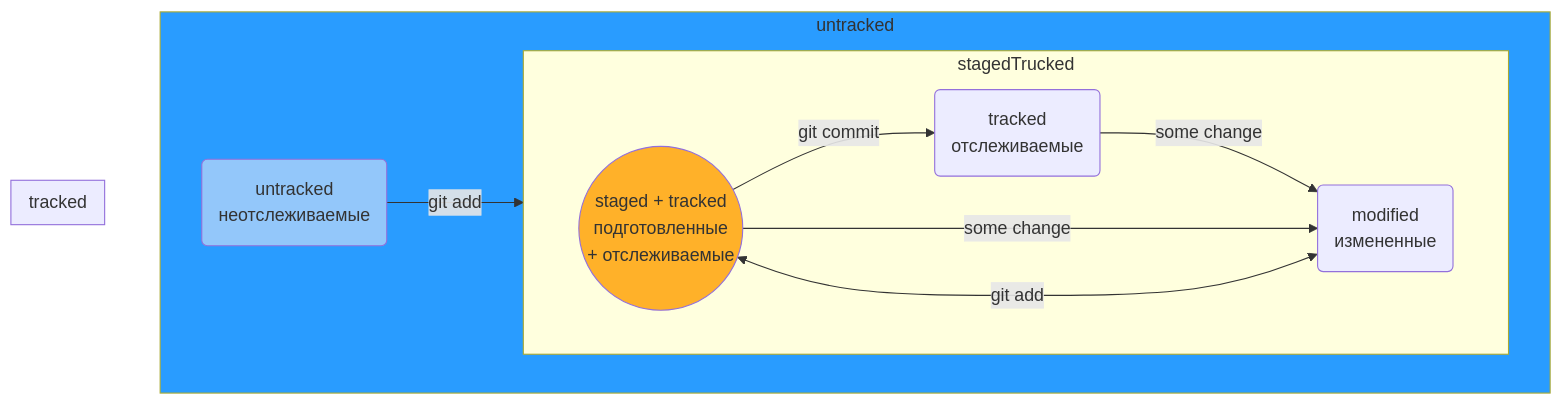
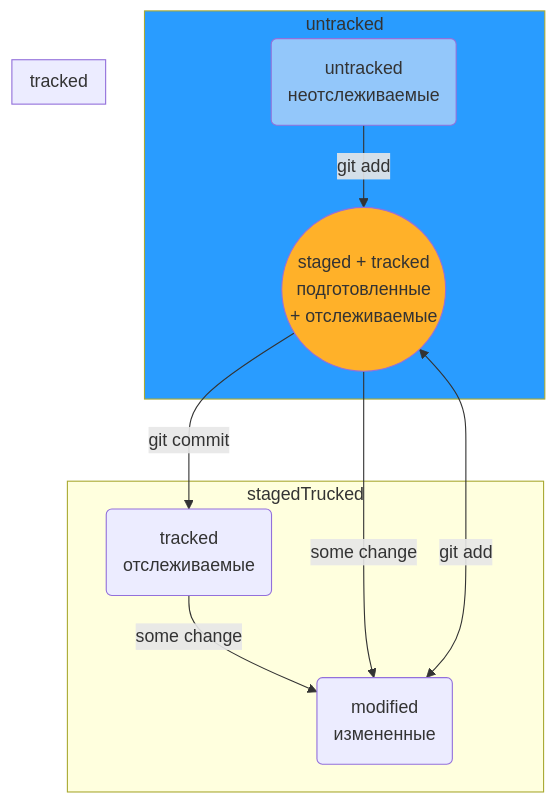
One commit to AleksandrVakarin/GitInstructionMermaid changed the diagram in README.md. Above: the diagram before and after it, drawn with Mermaid.

````diff
--- a/README.md
+++ b/README.md
@@ -93,26 +93,26 @@
 ```mermaid
 flowchart TD;
 	
 	stgd((staged + tracked<br>подготовленные<br> + отслеживаемые))
 	mdf(modified<br>измененные)
 	untr(untracked<br>неотслеживаемые)
 	trcd(tracked<br>отслеживаемые)
 
 	subgraph untracked
-		untr-- git add -->stagedTrucked
+		untr-- git add -->stgd
 	end
 
 	subgraph stagedTrucked
 		stgd -- git commit -->trcd
 		trcd-- some change -->mdf
 		mdf<-- git add --> stgd
 	end
 
 	subgraph tracked 
 		stgd-- some change -->mdf
 	end
 
 	style stgd fill: #FFB129
 	style untr fill: #93C7FA
 	style untracked fill: #299CFF
 ```
````
